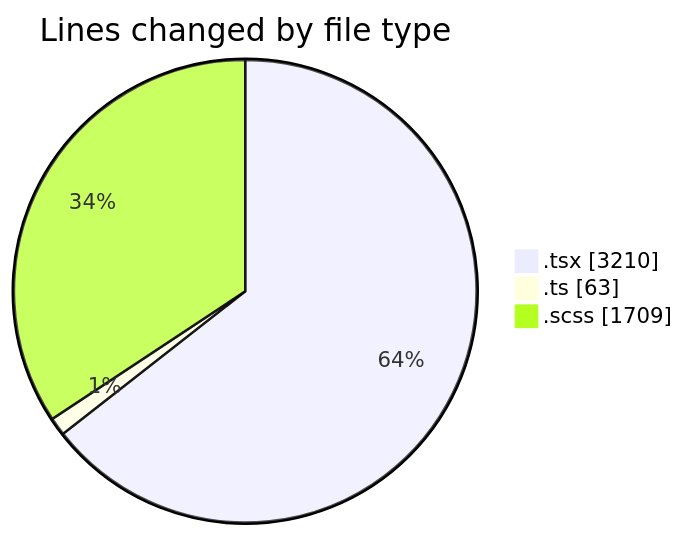
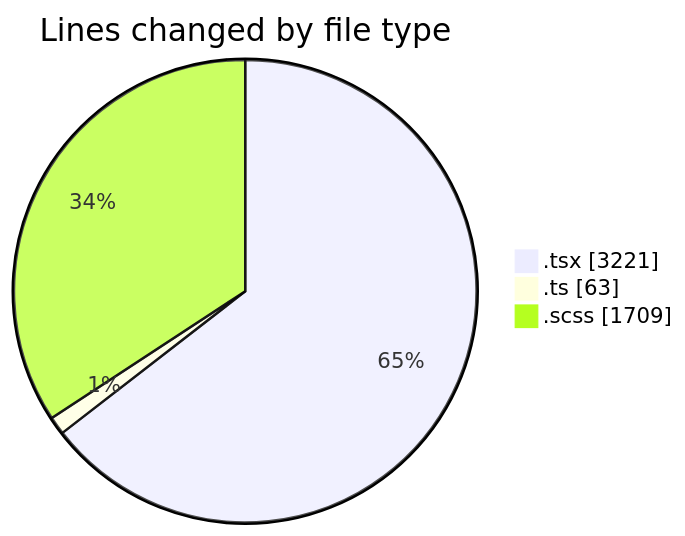
The first of 2 diagrams in 2025-04-02/cda/README.md (momahboobian/code-tracking), drawn with Mermaid before and after one commit. The commit also changed other lines of this file and 1 other file, not shown here.

````diff
--- a/2025-04-02/cda/README.md
+++ b/2025-04-02/cda/README.md
@@ -30,7 +30,7 @@
 ```mermaid
 pie showData
 title Lines changed by file type
-".tsx" : 3210
+".tsx" : 3221
 ".ts" : 63
 ".scss" : 1709
 ```
````
